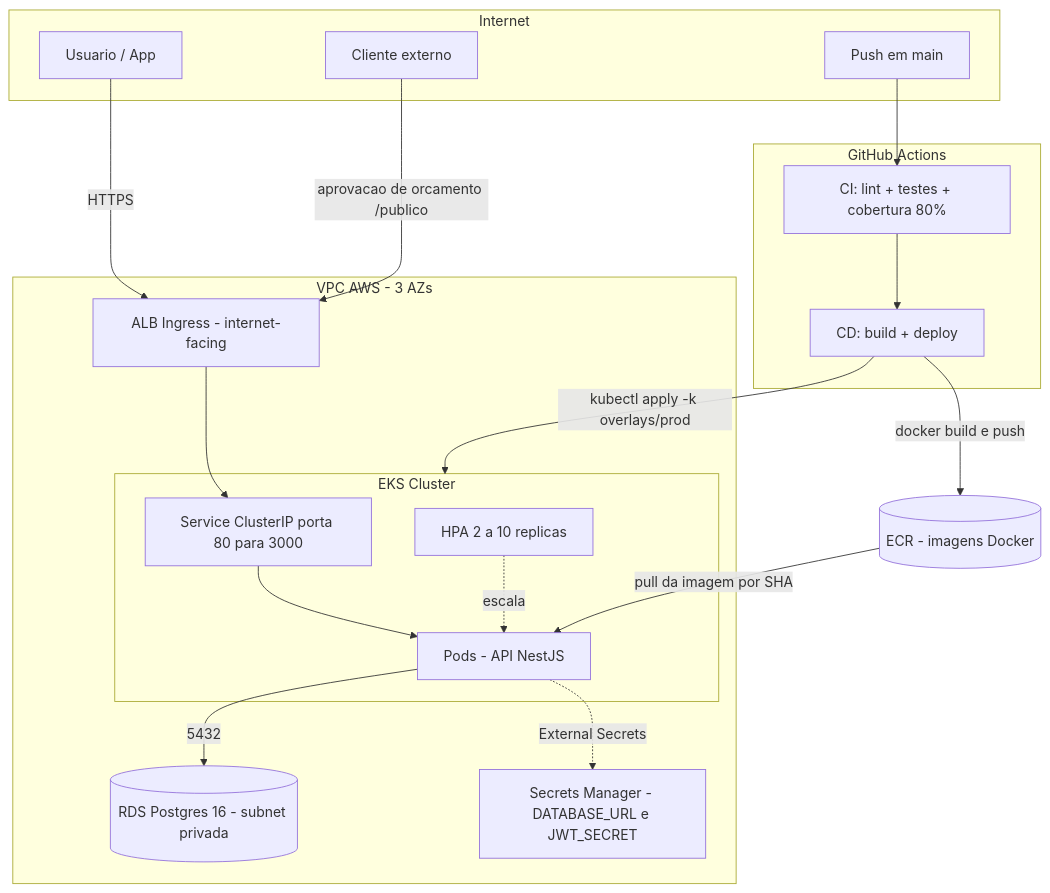
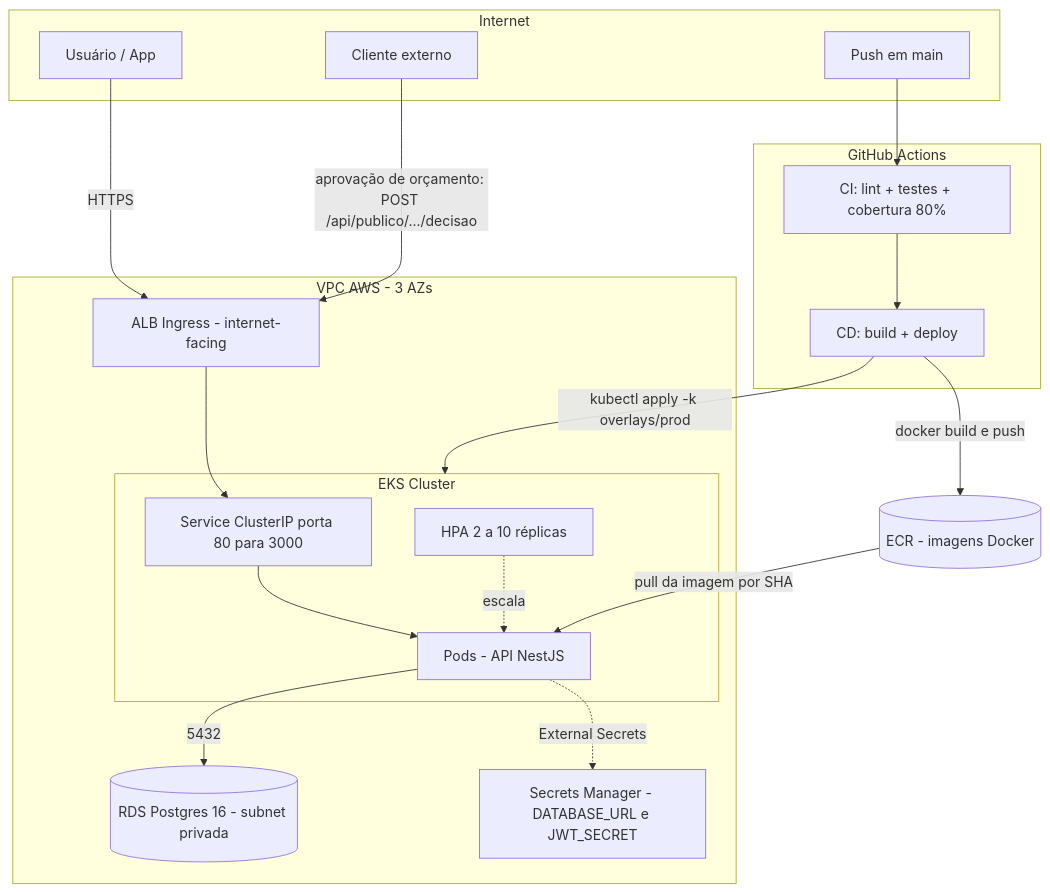
One commit to Os-Desacoplados-Pos-Tech-SOAP-FIAP/tech_challange_1 changed the diagram in README.md. Above: the diagram before and after it, drawn with Mermaid. The commit also changed other lines of this file, not shown here.

Commit message:
docs(readme): :memo: ajustes da seção Fase 2 conforme review
Acata review do Copilot:
- vídeo: placeholder vira 'a definir' (sem URL falsa)
- documenta a rota pública real de aprovação (POST /api/publico/os/:numero/orcamento/decisao)
- diagrama: acentos em 'Usuário' e 'réplicas' e rota real no fluxo do cliente externo

````diff
--- a/README.md
+++ b/README.md
@@ -24,38 +24,38 @@
 ```mermaid
 flowchart TB
   subgraph net["Internet"]
-    user["Usuario / App"]
+    user["Usuário / App"]
     cliente["Cliente externo"]
     push["Push em main"]
   end
 
   subgraph gha["GitHub Actions"]
     ci["CI: lint + testes + cobertura 80%"]
     cd["CD: build + deploy"]
   end
 
   ecr[("ECR - imagens Docker")]
 
   subgraph aws["VPC AWS - 3 AZs"]
     alb["ALB Ingress - internet-facing"]
     subgraph eks["EKS Cluster"]
       svc["Service ClusterIP porta 80 para 3000"]
       pods["Pods - API NestJS"]
-      hpa["HPA 2 a 10 replicas"]
+      hpa["HPA 2 a 10 réplicas"]
     end
     rds[("RDS Postgres 16 - subnet privada")]
     sm["Secrets Manager - DATABASE_URL e JWT_SECRET"]
   end
 
   user -->|HTTPS| alb
-  cliente -->|"aprovacao de orcamento /publico"| alb
+  cliente -->|"aprovação de orçamento: POST /api/publico/.../decisao"| alb
   alb --> svc --> pods
   hpa -. escala .-> pods
   pods -->|5432| rds
   pods -. External Secrets .-> sm
 
   push --> ci --> cd
   cd -->|"docker build e push"| ecr
   cd -->|"kubectl apply -k overlays/prod"| eks
   ecr -->|"pull da imagem por SHA"| pods
 ```
````
